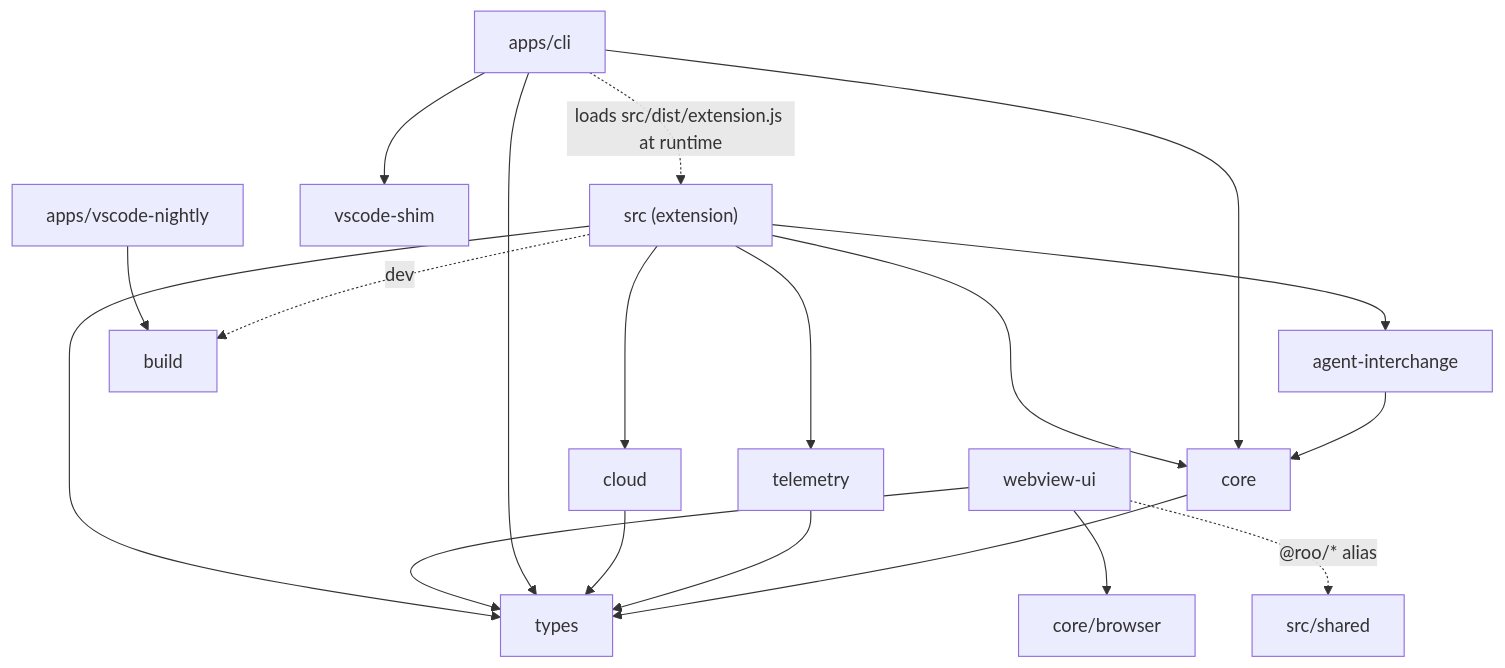
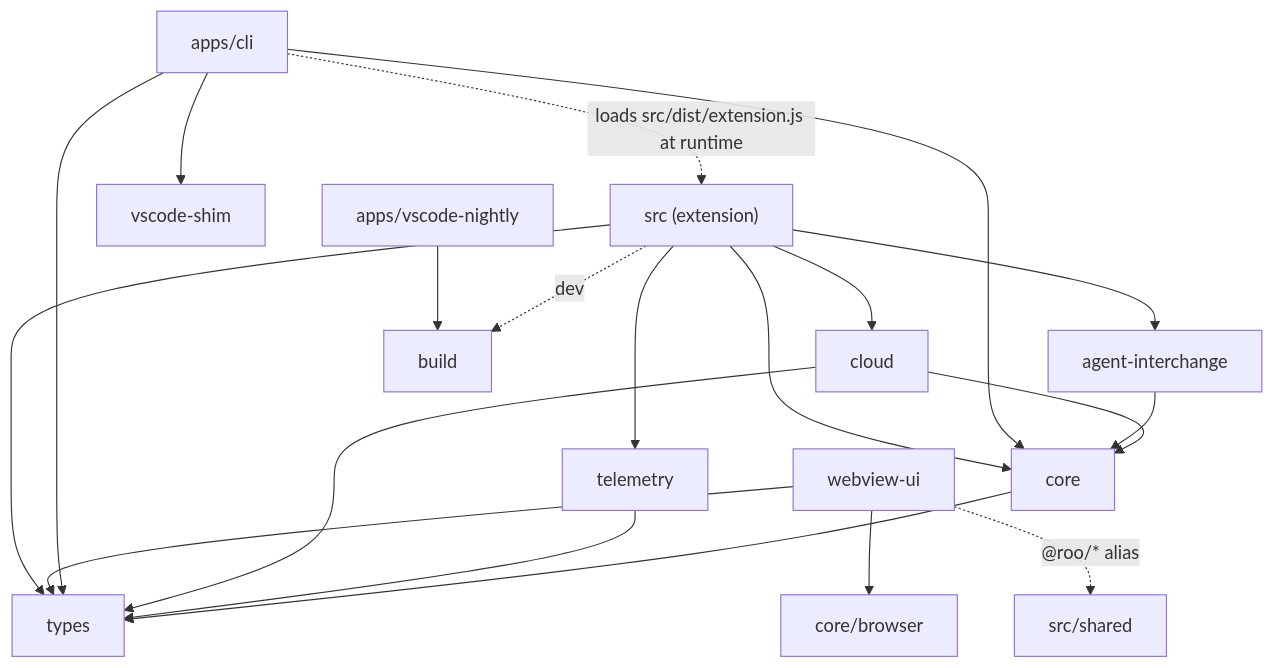
One commit to krzychdre/Tumble-Code changed the diagram in docs/architecture.md. Above: the diagram before and after it, drawn with Mermaid. The commit also changed other lines of this file and 4 other files, not shown here.

First line of the commit message:
docs: fix stale claims in the architecture and CLI pages (#700)

````diff
--- a/docs/architecture.md
+++ b/docs/architecture.md
@@ -41,21 +41,22 @@
 ```mermaid
 graph TD
   src["src (extension)"] --> interchange[agent-interchange]
   src --> cloud
   src --> telemetry
   src --> core
   src --> types
   webview[webview-ui] --> coreBrowser["core/browser"]
   webview --> types
   webview -. "@roo/* alias" .-> shared["src/shared"]
   cli[apps/cli] --> core
   cli --> types
   cli --> shim[vscode-shim]
   cli -. "loads src/dist/extension.js at runtime" .-> src
   interchange --> core
+  cloud --> core
   cloud --> types
   telemetry --> types
   core --> types
   nightly[apps/vscode-nightly] --> build
   src -. dev .-> build
 ```
````
